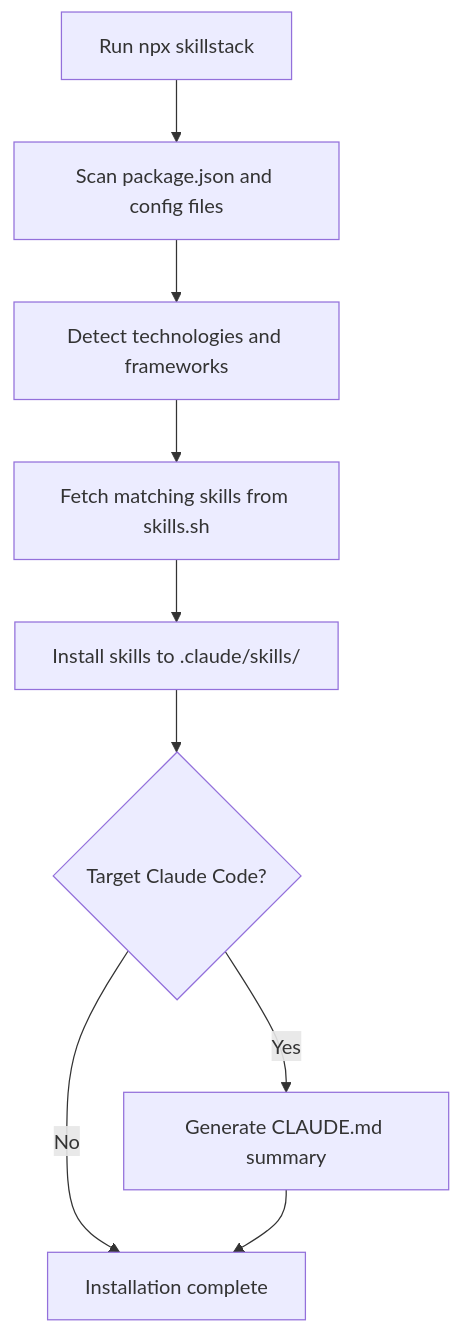
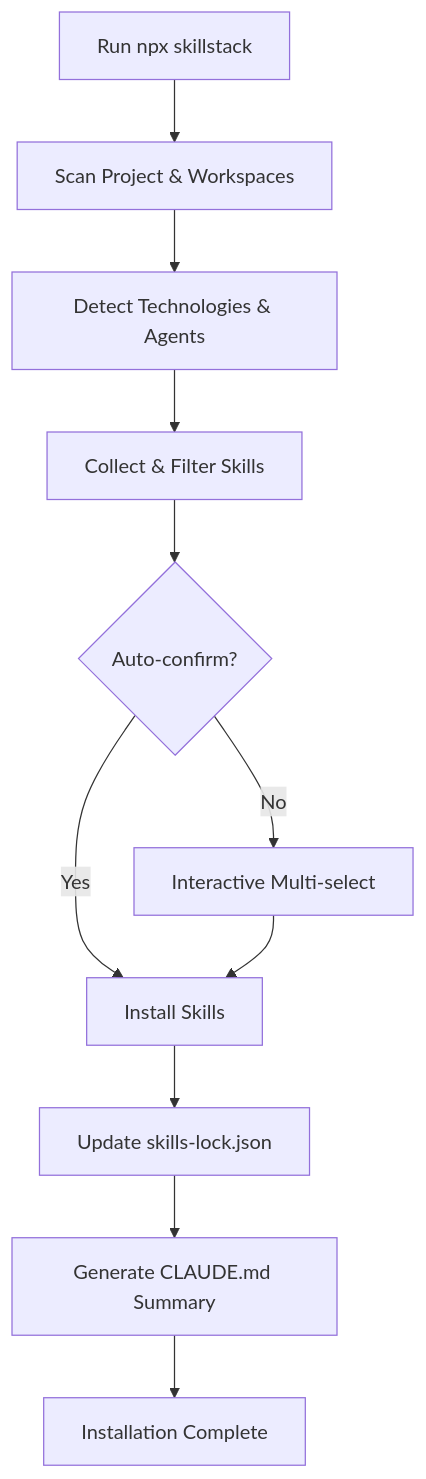
One commit to cuda-cookie/skillstack changed the third of 3 diagrams in README.md. Above: the diagram before and after it, drawn with Mermaid. The commit also changed other lines of this file, not shown here.

Commit message:
docs: enhance README.md with detailed architecture diagrams and improved component descriptions

````diff
--- a/README.md
+++ b/README.md
@@ -48,11 +111,13 @@
 ```mermaid
 flowchart TD
-    A[Run npx skillstack] --> B[Scan package.json and config files]
-    B --> C[Detect technologies and frameworks]
-    C --> D[Fetch matching skills from skills.sh]
-    D --> E[Install skills to .claude/skills/]
-    E --> F{Target Claude Code?}
-    F -->|Yes| G[Generate CLAUDE.md summary]
-    F -->|No| H[Installation complete]
-    G --> H
+    A[Run npx skillstack] --> B[Scan Project & Workspaces]
+    B --> C[Detect Technologies & Agents]
+    C --> D[Collect & Filter Skills]
+    D --> E{Auto-confirm?}
+    E -->|No| F[Interactive Multi-select]
+    E -->|Yes| G[Install Skills]
+    F --> G
+    G --> H[Update skills-lock.json]
+    H --> I[Generate CLAUDE.md Summary]
+    I --> J[Installation Complete]
 ```
````
